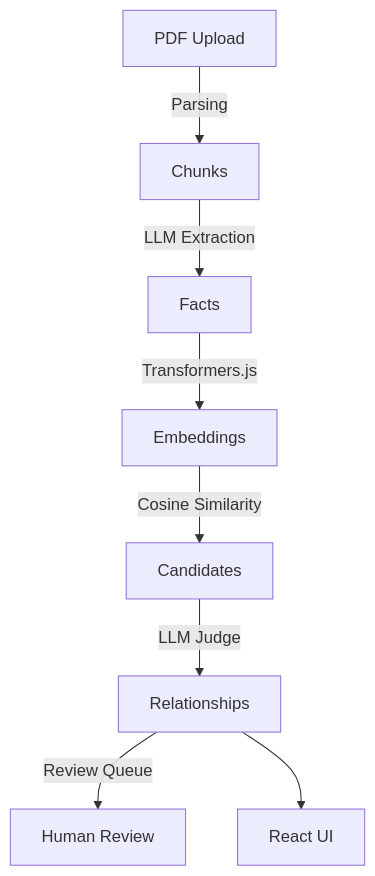
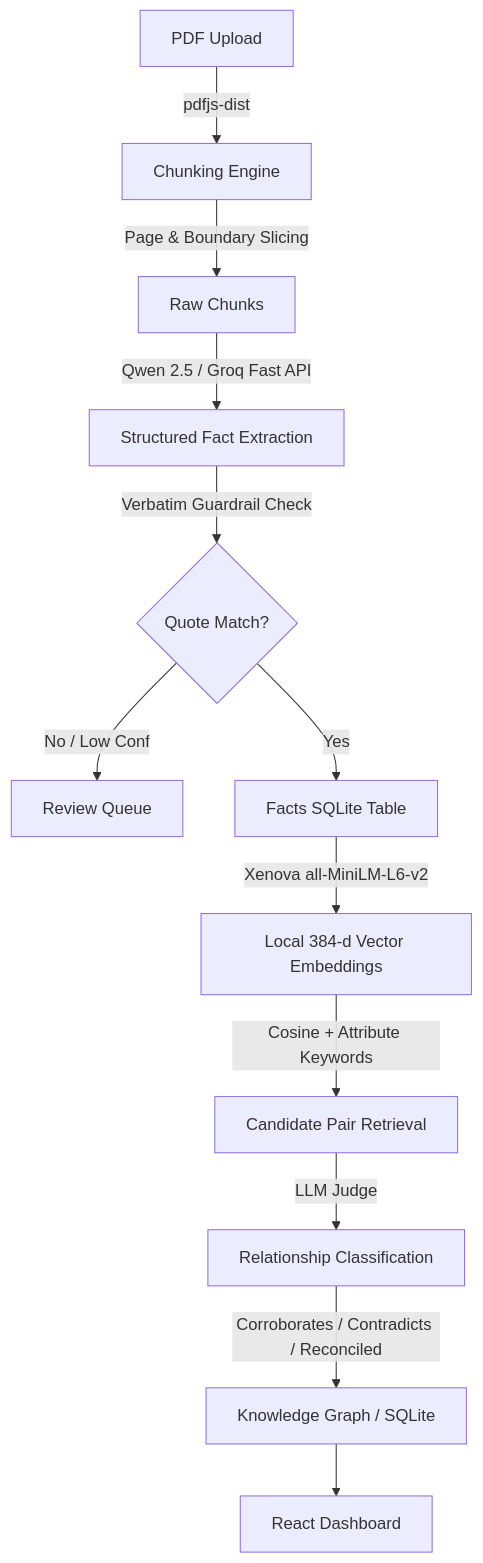
One commit to IshiPathak/fact-knowledge-layer changed the diagram in README.md. Above: the diagram before and after it, drawn with Mermaid. The commit also changed other lines of this file and 20 other files, not shown here.

````diff
--- a/README.md
+++ b/README.md
@@ -7,10 +76,14 @@
 ```mermaid
 graph TD
-    A[PDF Upload] -->|Parsing| B[Chunks]
-    B -->|LLM Extraction| C[Facts]
-    C -->|Transformers.js| D[Embeddings]
-    D -->|Cosine Similarity| E[Candidates]
-    E -->|LLM Judge| F[Relationships]
-    F -->|Review Queue| G[Human Review]
-    F --> H[React UI]
+    A[PDF Upload] -->|pdfjs-dist| B[Chunking Engine]
+    B -->|Page & Boundary Slicing| C[Raw Chunks]
+    C -->|Qwen 2.5 / Groq Fast API| D[Structured Fact Extraction]
+    D -->|Verbatim Guardrail Check| E{Quote Match?}
+    E -- No / Low Conf --> F[Review Queue]
+    E -- Yes --> G[Facts SQLite Table]
+    G -->|Xenova all-MiniLM-L6-v2| H[Local 384-d Vector Embeddings]
+    H -->|Cosine + Attribute Keywords| I[Candidate Pair Retrieval]
+    I -->|LLM Judge| J[Relationship Classification]
+    J -->|Corroborates / Contradicts / Reconciled| K[Knowledge Graph / SQLite]
+    K --> L[React Dashboard]
 ```
````
